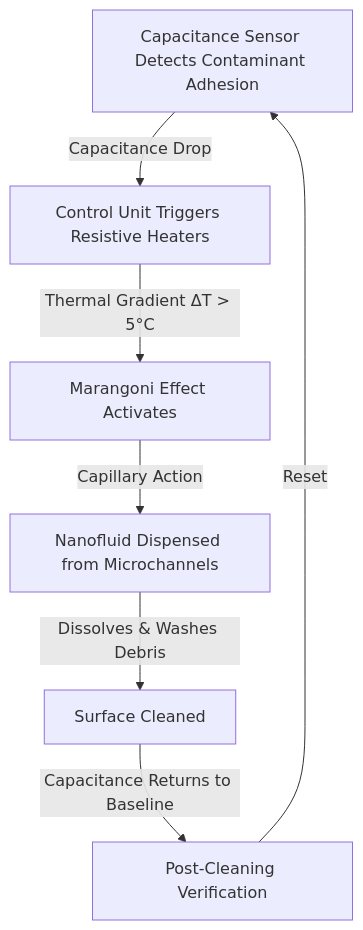
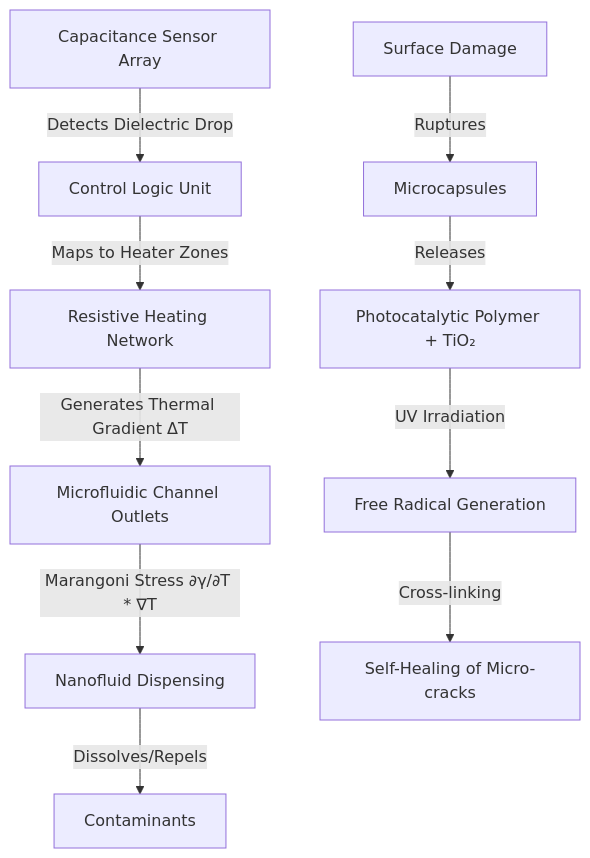
The diagram in inventions/inv_self_healing_hydrophobic_coating_with_embedded_m_3ced1.md (shawnhvac/agentworld-prior-art), drawn with Mermaid before and after one commit. The commit also changed other lines of this file and 129 other files, not shown here.

````diff
--- a/inventions/inv_self_healing_hydrophobic_coating_with_embedded_m_3ced1.md
+++ b/inventions/inv_self_healing_hydrophobic_coating_with_embedded_m_3ced1.md
@@ -47,9 +47,12 @@
 ```mermaid
 graph TD
-    A[Capacitance Sensor Detects Contaminant Adhesion] -->|Capacitance Drop| B[Control Unit Triggers Resistive Heaters]
-    B -->|Thermal Gradient ΔT > 5°C| C[Marangoni Effect Activates]
-    C -->|Capillary Action| D[Nanofluid Dispensed from Microchannels]
-    D -->|Dissolves & Washes Debris| E[Surface Cleaned]
-    E -->|Capacitance Returns to Baseline| F[Post-Cleaning Verification]
-    F -->|Reset| A
+    A[Capacitance Sensor Array] -->|Detects Dielectric Drop| B[Control Logic Unit]
+    B -->|Maps to Heater Zones| C[Resistive Heating Network]
+    C -->|Generates Thermal Gradient ΔT| D[Microfluidic Channel Outlets]
+    D -->|Marangoni Stress ∂γ/∂T * ∇T| E[Nanofluid Dispensing]
+    E -->|Dissolves/Repels| F[Contaminants]
+    G[Surface Damage] -->|Ruptures| H[Microcapsules]
+    H -->|Releases| I[Photocatalytic Polymer + TiO₂]
+    I -->|UV Irradiation| J[Free Radical Generation]
+    J -->|Cross-linking| K[Self-Healing of Micro-cracks]
 ```
````
